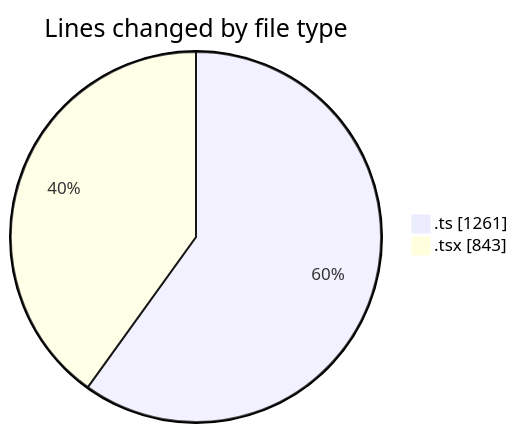
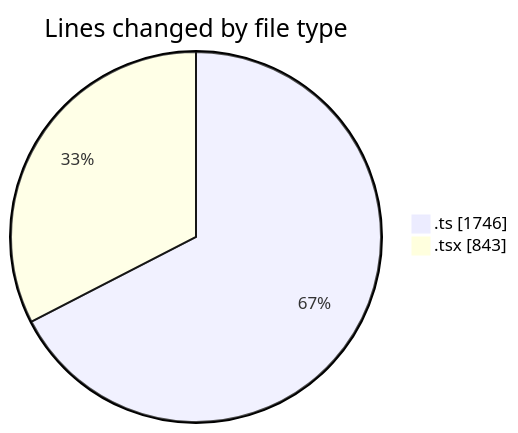
The first of 2 diagrams in 2025-06-22/archive/README.md (JenPaints/code-tracking), drawn with Mermaid before and after one commit. The commit also changed other lines of this file and 1 other file, not shown here.

````diff
--- a/2025-06-22/archive/README.md
+++ b/2025-06-22/archive/README.md
@@ -24,6 +25,6 @@
 ```mermaid
 pie showData
 title Lines changed by file type
-".ts" : 1261
+".ts" : 1746
 ".tsx" : 843
 ```
````
